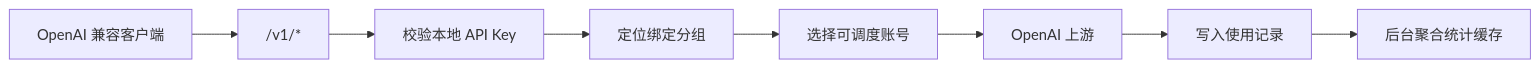
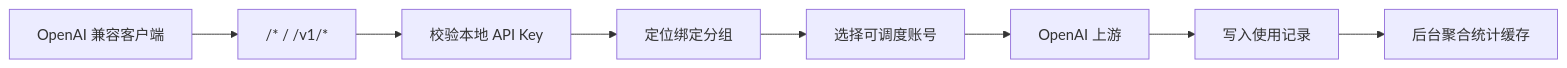
One commit to huanmin123/juhe-ai changed the second of 3 diagrams in docs/architecture/backend/README.md. Above: the diagram before and after it, drawn with Mermaid. The commit also changed other lines of this file and 116 other files, not shown here.

````diff
--- a/docs/architecture/backend/README.md
+++ b/docs/architecture/backend/README.md
@@ -102,10 +102,10 @@
 ```mermaid
 flowchart LR
-  Client["OpenAI 兼容客户端"] --> Gateway["/v1/*"]
+  Client["OpenAI 兼容客户端"] --> Gateway["/* / /v1/*"]
   Gateway --> Key["校验本地 API Key"]
   Key --> Group["定位绑定分组"]
   Group --> Account["选择可调度账号"]
   Account --> Upstream["OpenAI 上游"]
   Upstream --> Usage["写入使用记录"]
   Usage --> Stats["后台聚合统计缓存"]
 ```
````
